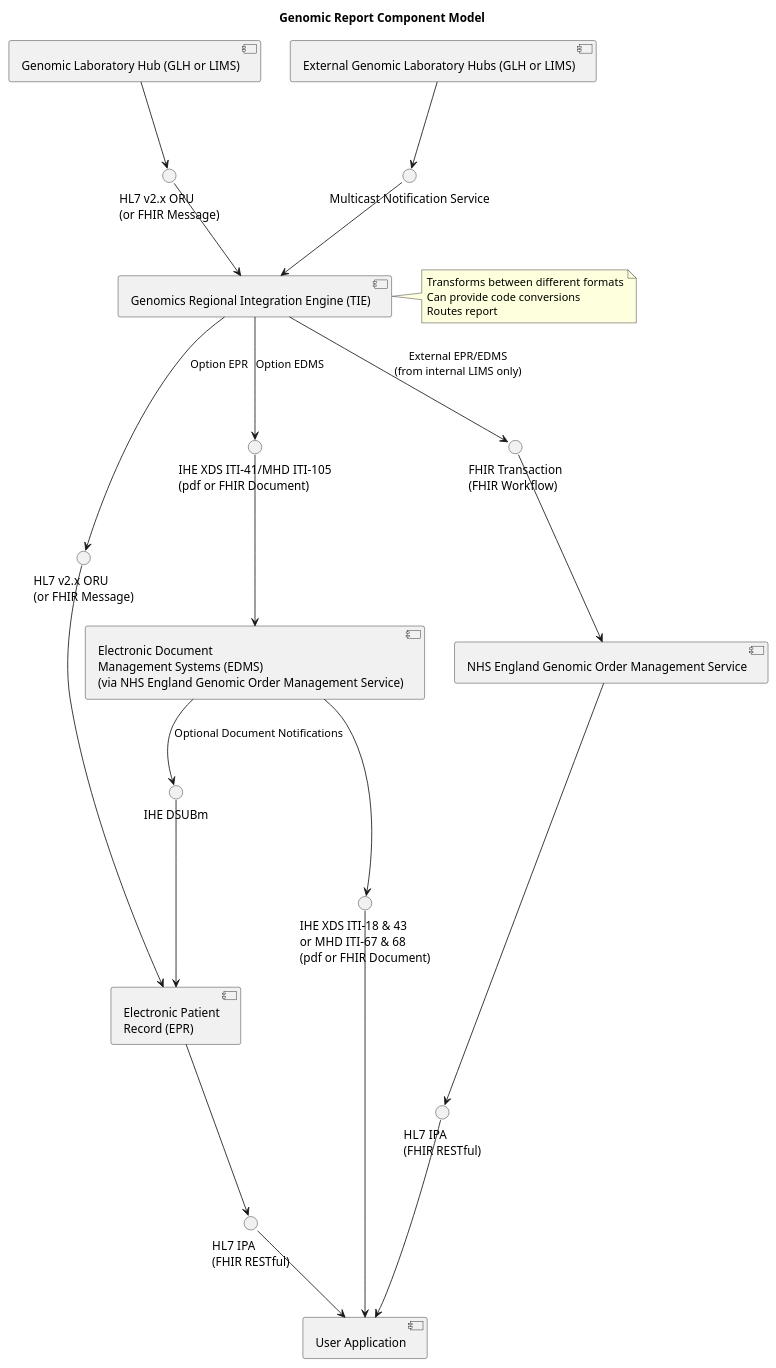
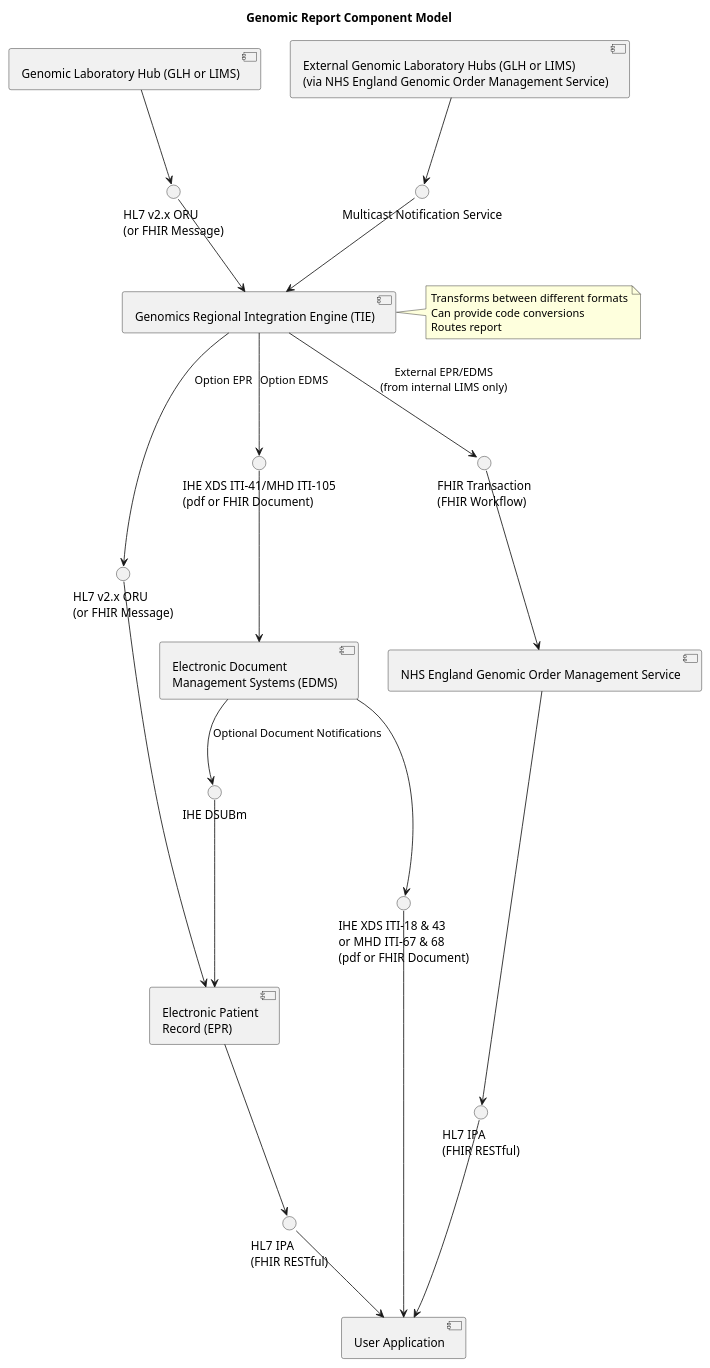
One commit to nw-gmsa/nw-gmsa.github.com changed the diagram in input/images-source/reports-component.plantuml. Above: the diagram before and after it, drawn with PlantUML.

Commit message:
Added entity model

```diff
--- a/input/images-source/reports-component.plantuml
+++ b/input/images-source/reports-component.plantuml
@@ -1,61 +1,61 @@
 @startuml
 
 title "Genomic Report Component Model"
 
 component "Genomic Laboratory Hub (GLH or LIMS)" as LIMS
-component "External Genomic Laboratory Hubs (GLH or LIMS)" as xLIMS
+component "External Genomic Laboratory Hubs (GLH or LIMS)\n(via NHS England Genomic Order Management Service)" as xLIMS
 
 component "Electronic Patient\nRecord (EPR)" as EPR
 
-component "Electronic Document\nManagement Systems (EDMS)\n(via NHS England Genomic Order Management Service)" as EDMS
+component "Electronic Document\nManagement Systems (EDMS)" as EDMS
 
 component "Genomics Regional Integration Engine (TIE)" as TIE
 component "NHS England Genomic Order Management Service" as GOMS
 
 interface "HL7 v2.x ORU\n(or FHIR Message)" as HL7_ORU1
 interface "HL7 v2.x ORU\n(or FHIR Message)" as HL7_ORU2
 interface "Multicast Notification Service" as MNS
 interface "FHIR Transaction\n(FHIR Workflow)" as Transaction
 interface "IHE XDS ITI-41/MHD ITI-105\n(pdf or FHIR Document)" as MHD105
 interface "HL7 IPA\n(FHIR RESTful)" as IPA
 interface "IHE XDS ITI-18 & 43\nor MHD ITI-67 & 68\n(pdf or FHIR Document)" as MHD67
 
 interface "HL7 IPA\n(FHIR RESTful)" as IPA2
 
 interface "IHE DSUBm" as DSUBm
 
 component "User Application" as user
 
 LIMS -d-> HL7_ORU1
 HL7_ORU1 -d-> TIE
 
 xLIMS -d-> MNS
 MNS -d-> TIE
 
 TIE -d-> HL7_ORU2 : Option EPR
 HL7_ORU2 -d-> EPR
 
 TIE -d-> MHD105 : Option EDMS
 MHD105 -d-> EDMS
 
 TIE -d-> Transaction : External EPR/EDMS\n(from internal LIMS only)
 Transaction -d-> GOMS
 GOMS -d-> IPA2
 
 EDMS -d-> MHD67
 EPR -d-> IPA
 
 IPA -d-> user
 MHD67 -d-> user
 IPA2 -d-> user
 
 EDMS --> DSUBm : Optional Document Notifications
 DSUBm --> EPR
 
 note right of TIE
 Transforms between different formats
 Can provide code conversions
 Routes report
 end note
 
 @enduml
```
